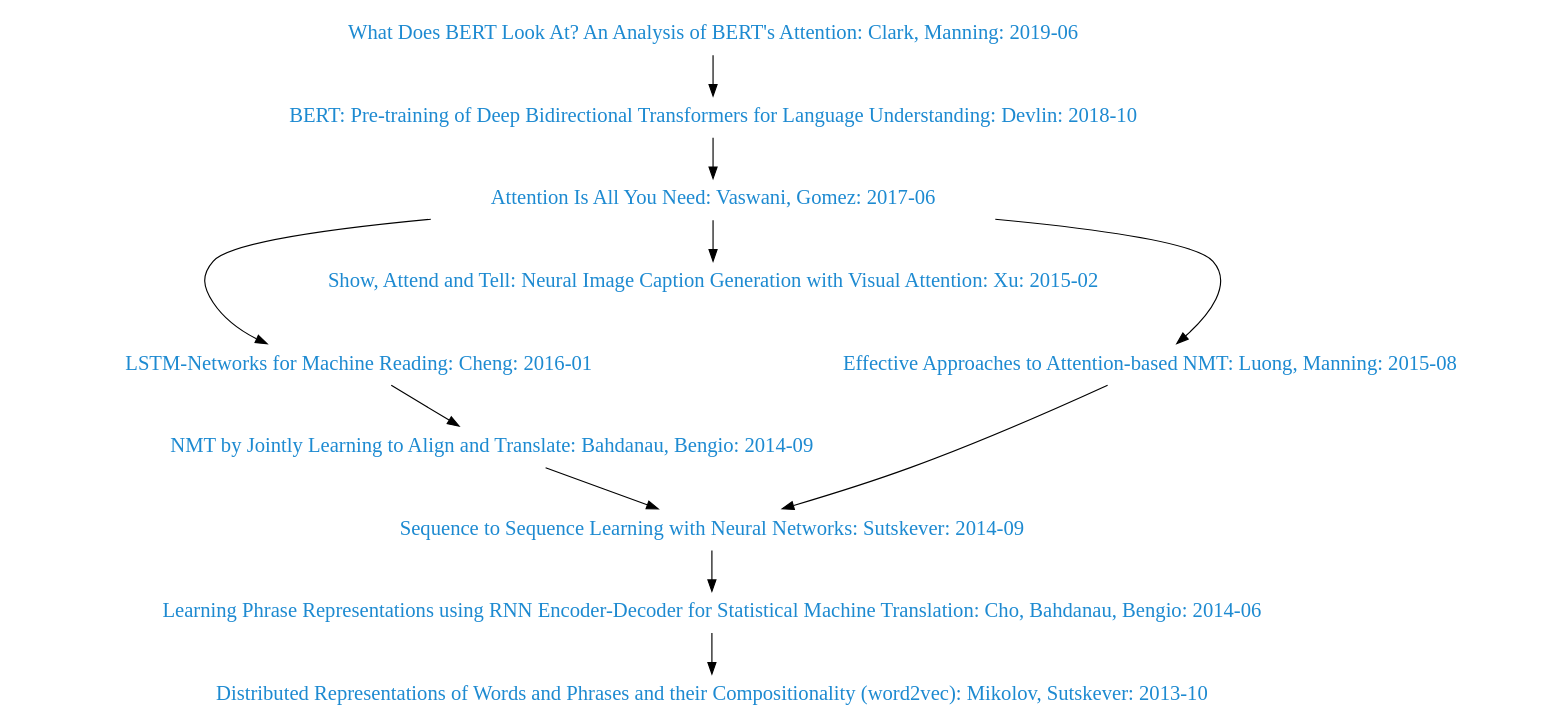
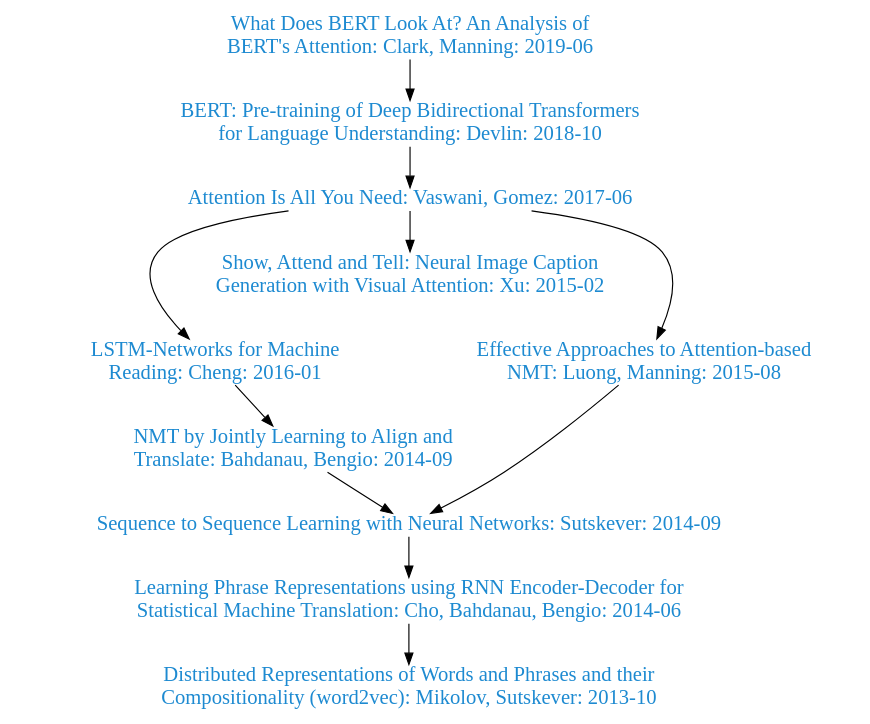
The diagram in jb/tar/notes/attention-history.gv (davidvandebunte/davidvandebunte.gitlab.io), drawn with Graphviz before and after one commit. The commit also changed 1 other file, not shown here.

Commit message:
Add new lines to attention history nodes

```diff
--- a/jb/tar/notes/attention-history.gv
+++ b/jb/tar/notes/attention-history.gv
@@ -1,55 +1,55 @@
 digraph mainmap {
-  node [shape="none", fontcolor="#1d8ad1", fontsize=18];
+  node [shape="plain", fontcolor="#1d8ad1", fontsize=18];
   {
     clark2019 [
-      label="What Does BERT Look At? An Analysis of BERT's Attention: Clark, Manning: 2019-06"
+      label="What Does BERT Look At? An Analysis of \nBERT's Attention: Clark, Manning: 2019-06"
       URL="https://arxiv.org/abs/1906.04341"
     ]
     devlin2018 [
-      label="BERT: Pre-training of Deep Bidirectional Transformers for Language Understanding: Devlin: 2018-10"
+      label="BERT: Pre-training of Deep Bidirectional Transformers \nfor Language Understanding: Devlin: 2018-10"
       URL="https://en.wikipedia.org/wiki/BERT_(language_model)"
     ]
     vaswani2017 [
       label="Attention Is All You Need: Vaswani, Gomez: 2017-06"
       URL="https://en.wikipedia.org/wiki/Transformer_(machine_learning_model)"
     ]
     cheng2016 [
-      label="LSTM-Networks for Machine Reading: Cheng: 2016-01"
+      label="LSTM-Networks for Machine \nReading: Cheng: 2016-01"
       URL="https://arxiv.org/abs/1601.06733"
     ]
     xu2015 [
-      label="Show, Attend and Tell: Neural Image Caption Generation with Visual Attention: Xu: 2015-02"
+      label="Show, Attend and Tell: Neural Image Caption \nGeneration with Visual Attention: Xu: 2015-02"
       URL="https://arxiv.org/abs/1502.03044"
     ]
     luong2015 [
-      label="Effective Approaches to Attention-based NMT: Luong, Manning: 2015-08"
+      label="Effective Approaches to Attention-based \nNMT: Luong, Manning: 2015-08"
       URL="https://arxiv.org/abs/1508.04025"
     ]
     bahdanau2014 [
-      label="NMT by Jointly Learning to Align and Translate: Bahdanau, Bengio: 2014-09"
+      label="NMT by Jointly Learning to Align and \nTranslate: Bahdanau, Bengio: 2014-09"
       URL="https://arxiv.org/abs/1409.0473"
     ]
     sutskever2014 [
       label="Sequence to Sequence Learning with Neural Networks: Sutskever: 2014-09"
       URL="https://arxiv.org/abs/1409.3215"
     ]
     cho2014 [
-      label="Learning Phrase Representations using RNN Encoder-Decoder for Statistical Machine Translation: Cho, Bahdanau, Bengio: 2014-06"
+      label="Learning Phrase Representations using RNN Encoder-Decoder for \nStatistical Machine Translation: Cho, Bahdanau, Bengio: 2014-06"
       URL="https://arxiv.org/abs/1406.1078"
     ]
     mikolov2013 [
-      label="Distributed Representations of Words and Phrases and their Compositionality (word2vec): Mikolov, Sutskever: 2013-10"
+      label="Distributed Representations of Words and Phrases and their \nCompositionality (word2vec): Mikolov, Sutskever: 2013-10"
       URL="https://arxiv.org/abs/1310.4546"
     ]
   }
   clark2019 -> devlin2018;
   devlin2018 -> vaswani2017;
   vaswani2017 -> luong2015;
   vaswani2017 -> xu2015;
   vaswani2017 -> cheng2016 [minlen=2];
   luong2015 -> sutskever2014;
   cheng2016 -> bahdanau2014;
   bahdanau2014 -> sutskever2014;
   sutskever2014 -> cho2014;
   cho2014 -> mikolov2013;
 }
```
